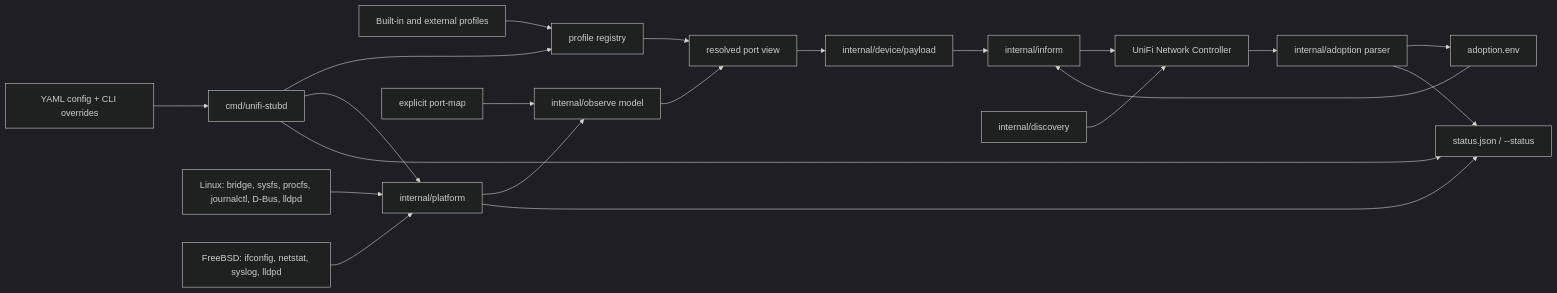
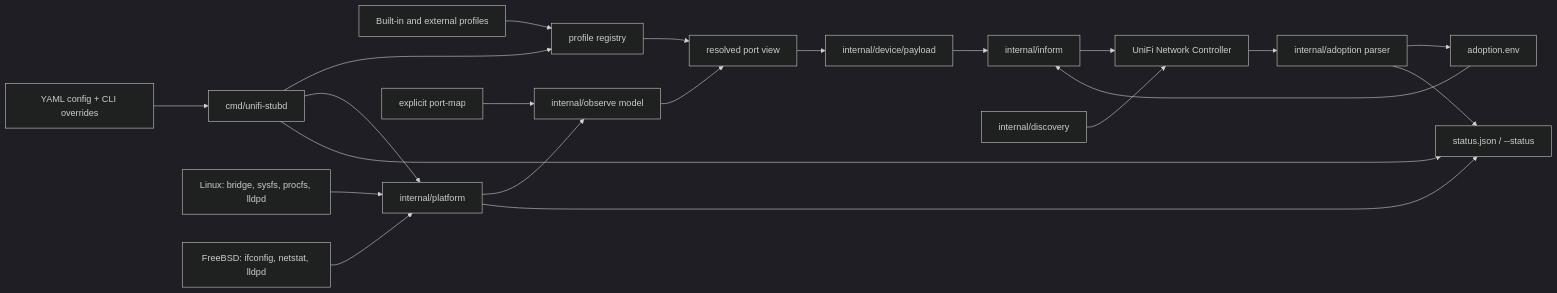
The diagram in docs/en/architecture.md (konstruktor1/unifi-stubd), drawn with Mermaid (dark theme) before and after one commit. The commit also changed other lines of this file and 191 other files, not shown here.

````diff
--- a/docs/en/architecture.md
+++ b/docs/en/architecture.md
@@ -19,23 +19,23 @@
 ```mermaid
 flowchart LR
   Cfg["YAML config + CLI overrides"] --> Cmd["cmd/unifi-stubd"]
   Profiles["Built-in and external profiles"] --> Registry["profile registry"]
   Registry --> PortView["resolved port view"]
   Cmd --> Registry
   Cmd --> Platform["internal/platform"]
   Platform --> Observe["internal/observe model"]
-  Linux["Linux: bridge, sysfs, procfs, journalctl, D-Bus, lldpd"] --> Platform
-  BSD["FreeBSD: ifconfig, netstat, syslog, lldpd"] --> Platform
+  Linux["Linux: bridge, sysfs, procfs, lldpd"] --> Platform
+  BSD["FreeBSD: ifconfig, netstat, lldpd"] --> Platform
   PortMap["explicit port-map"] --> Observe
   Observe --> PortView
   PortView --> Payload["internal/device/payload"]
   Payload --> Inform["internal/inform"]
   Discovery["internal/discovery"] --> Controller["UniFi Network Controller"]
   Inform --> Controller
   Controller --> Adoption["internal/adoption parser"]
   Adoption --> State["adoption.env"]
   State --> Inform
   Cmd --> Status["status.json / --status"]
   Platform --> Status
   Adoption --> Status
 ```
````
